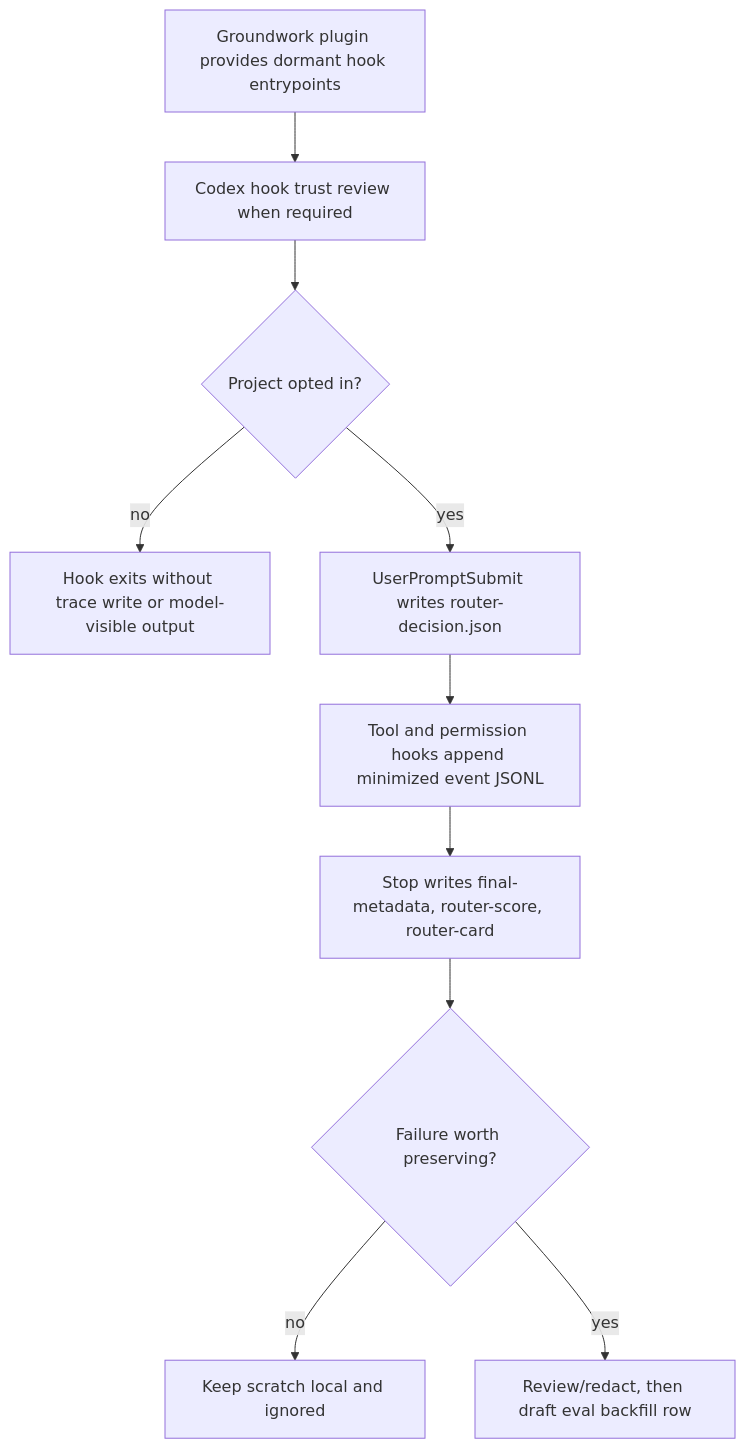
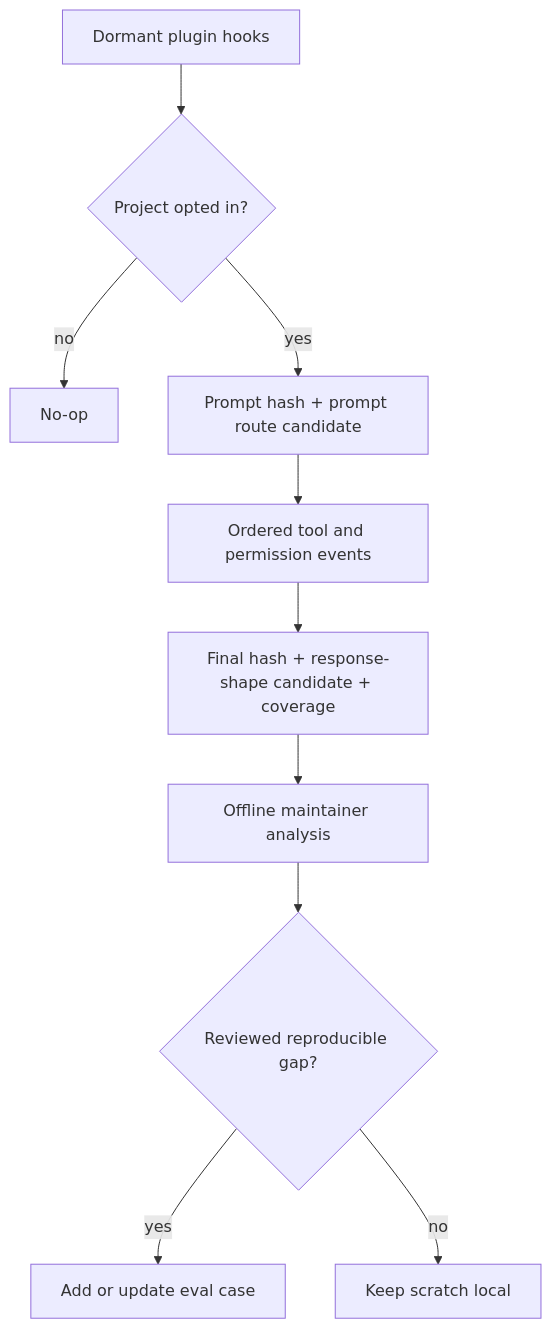
Before and after one commit to daxiong888/Groundwork: the diagram in docs/router-observability-harness.md, drawn with Mermaid. The commit also changed other lines of this file and 77 other files, not shown here.

````diff
--- a/docs/router-observability-harness.md
+++ b/docs/router-observability-harness.md
@@ -23,12 +23,12 @@
 ```mermaid
 flowchart TD
-  A["Groundwork plugin provides dormant hook entrypoints"] --> B["Codex hook trust review when required"]
-  B --> C{"Project opted in?"}
-  C -- "no" --> D["Hook exits without trace write or model-visible output"]
-  C -- "yes" --> E["UserPromptSubmit writes router-decision.json"]
-  E --> F["Tool and permission hooks append minimized event JSONL"]
-  F --> G["Stop writes final-metadata, router-score, router-card"]
-  G --> H{"Failure worth preserving?"}
-  H -- "no" --> I["Keep scratch local and ignored"]
-  H -- "yes" --> J["Review/redact, then draft eval backfill row"]
+  A["Dormant plugin hooks"] --> B{"Project opted in?"}
+  B -- "no" --> C["No-op"]
+  B -- "yes" --> D["Prompt hash + prompt route candidate"]
+  D --> E["Ordered tool and permission events"]
+  E --> F["Final hash + response-shape candidate + coverage"]
+  F --> G["Offline maintainer analysis"]
+  G --> H{"Reviewed reproducible gap?"}
+  H -- "yes" --> I["Add or update eval case"]
+  H -- "no" --> J["Keep scratch local"]
 ```
````
